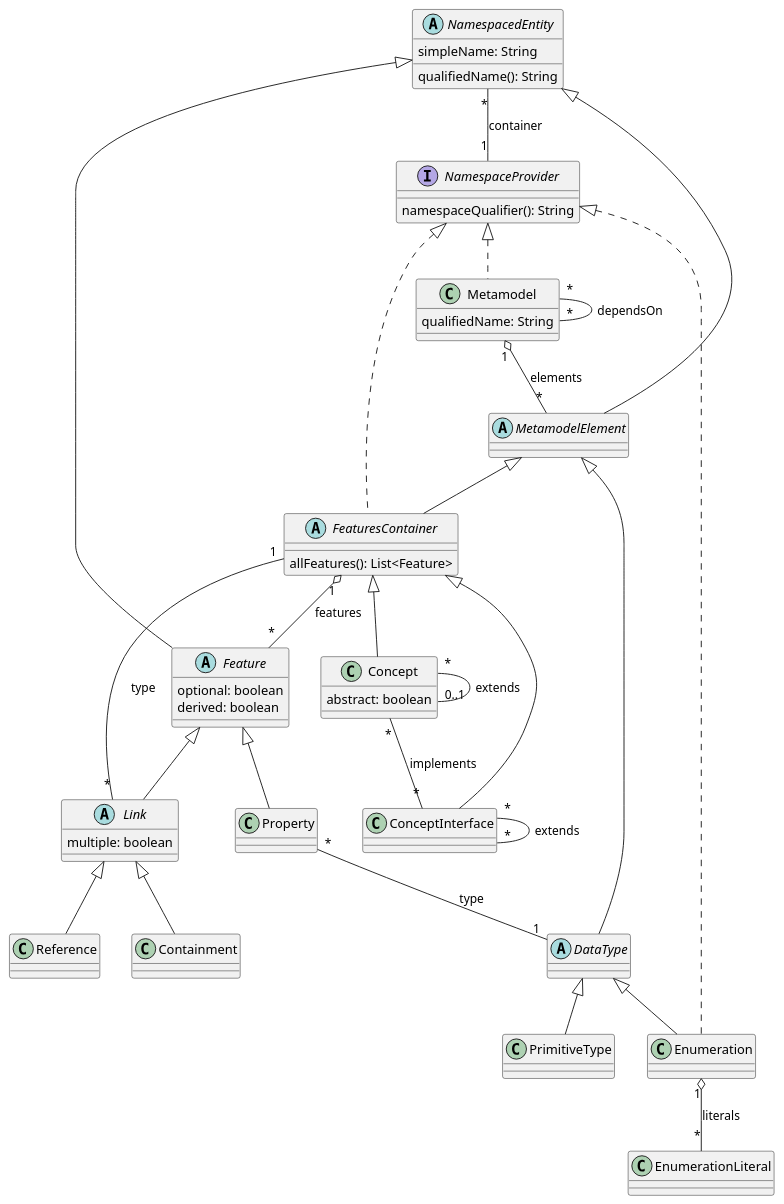
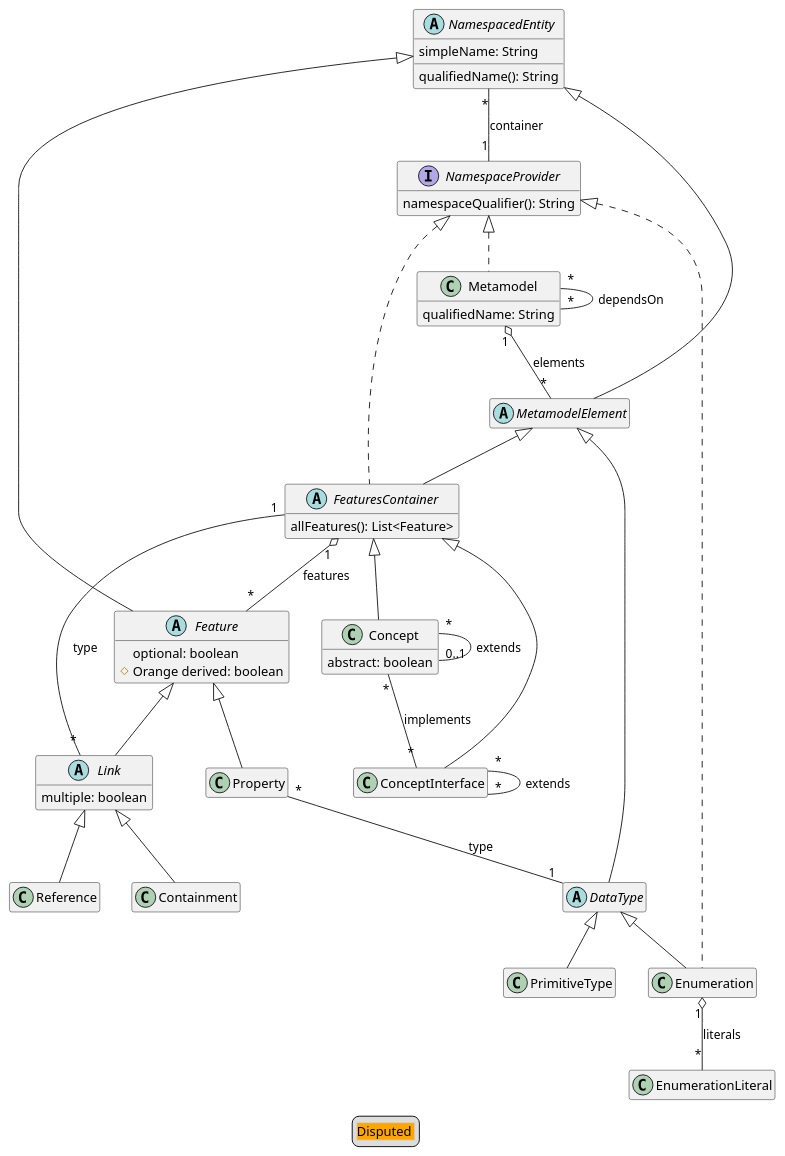
The diagram in diagrams/metametamodel-gen.puml (LionWeb-io/lionweb-typescript), drawn with PlantUML before and after one commit. The commit also changed 3 other files, not shown here.

```diff
--- a/diagrams/metametamodel-gen.puml
+++ b/diagrams/metametamodel-gen.puml
@@ -1,83 +1,87 @@
 @startuml
+hide empty members
 
 ' qualified name: "lioncore"
 
 
 class Concept extends FeaturesContainer {
   abstract: boolean
 }
 
 class ConceptInterface extends FeaturesContainer
 
 class Containment extends Link
 
 abstract class DataType extends MetamodelElement
 
 class Enumeration extends DataType implements NamespaceProvider
 
 abstract class Feature extends NamespacedEntity {
   optional: boolean
-  derived: boolean
+  #Orange derived: boolean
 }
 
 abstract class FeaturesContainer extends MetamodelElement implements NamespaceProvider {
   allFeatures(): List<Feature>
 }
 
 ' primitive type: "JSON"
 
 abstract class Link extends Feature {
   multiple: boolean
 }
 
 class Metamodel implements NamespaceProvider {
   qualifiedName: String
 }
 
 abstract class MetamodelElement extends NamespacedEntity
 
 interface NamespaceProvider {
   namespaceQualifier(): String
 }
 
 abstract class NamespacedEntity {
   simpleName: String
   qualifiedName(): String
 }
 
 class PrimitiveType extends DataType
 
 class Property extends Feature
 
 class Reference extends Link
 
 ' primitive type: "String"
 
 ' primitive type: "boolean"
 
 ' primitive type: "int"
 
 
 
 ' relations:
 
 Concept "*" -- "0..1" Concept: extends
 Concept "*" -- "*" ConceptInterface: implements
 
 ConceptInterface "*" -- "*" ConceptInterface: extends
 
 Enumeration "1" o-- "*" EnumerationLiteral: literals
 
 FeaturesContainer "1" o-- "*" Feature: features
 
 Link "*" -- "1" FeaturesContainer: type
 
 Metamodel "1" o-- "*" MetamodelElement: elements
 Metamodel "*" -- "*" Metamodel: dependsOn
 
 NamespacedEntity "*" -- "1" NamespaceProvider: container
 
 Property "*" -- "1" DataType: type
 
 
+legend
+  <#LightGray,#LightGray>| <#Orange>Disputed |
+end legend
 @enduml
```
